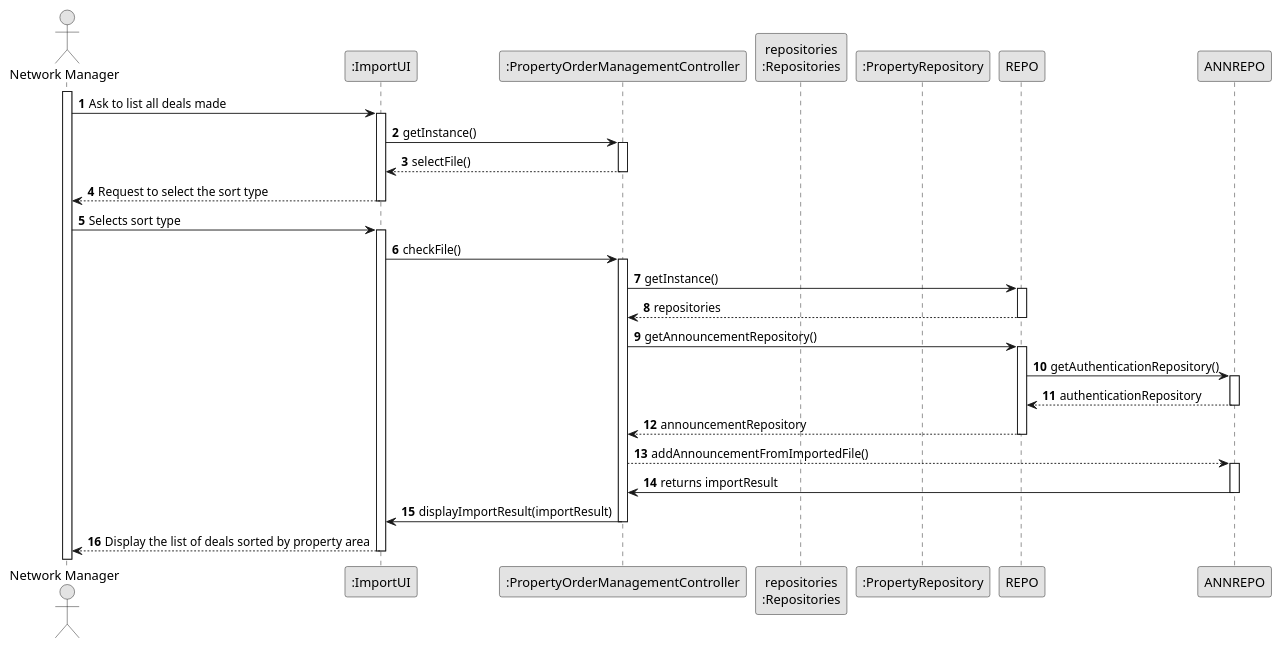
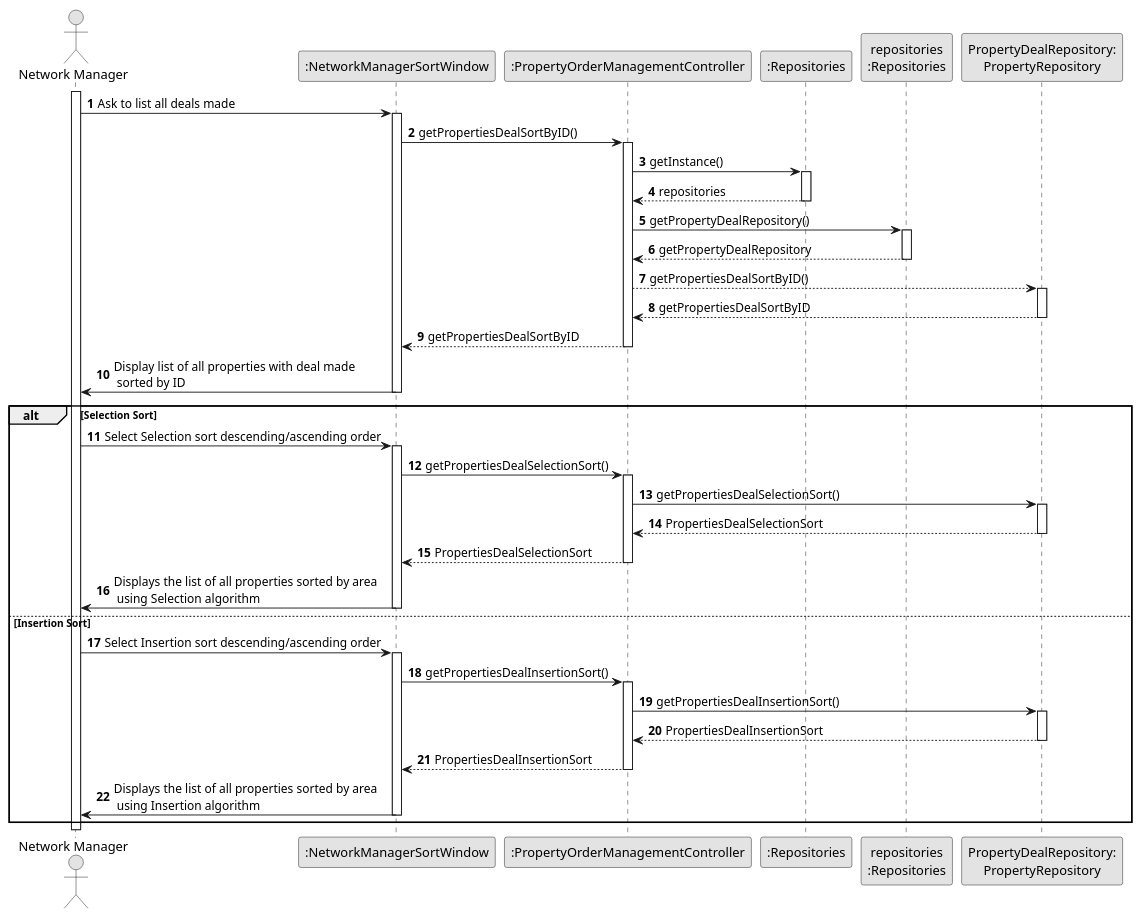
One commit to Goncalves2525/real-estate-management-system changed the diagram in docs/sprintD/us017/03.design/puml/us017-sequence-diagram-full.puml. Above: the diagram before and after it, drawn with PlantUML. The commit also changed 4 other files, not shown here.

```diff
--- a/docs/sprintD/us017/03.design/puml/us017-sequence-diagram-full.puml
+++ b/docs/sprintD/us017/03.design/puml/us017-sequence-diagram-full.puml
@@ -1,71 +1,91 @@
 @startuml
 skinparam monochrome true
 skinparam packageStyle rectangle
 skinparam shadowing false
 
 autonumber
 
-actor "Network Manager" as Admin
-participant ":ImportUI" as UI
+'hide footbox
+actor "Network Manager" as NM
+participant ":NetworkManagerSortWindow" as UI
 participant ":PropertyOrderManagementController" as CTRL
-participant "repositories\n:Repositories" as Repositories
-participant ":PropertyRepository" as PropertyRepository
+participant ":Repositories" as RepositorySingleton
+participant "repositories\n:Repositories" as PLAT
+participant "PropertyDealRepository:\nPropertyRepository" as PropertyRepository
+'participant "SortProperty" as SortProperty
 
 
-    activate Admin
+activate NM
 
-    Admin -> UI : Ask to list all deals made
-    activate UI
+NM -> UI : Ask to list all deals made
+activate UI
 
-    UI -> CTRL: getInstance()
-    activate CTRL
+UI -> CTRL : getPropertiesDealSortByID()
+activate CTRL
 
-'    CTRL -> UI : importController
-'    activate REPO
+CTRL -> RepositorySingleton : getInstance()
+activate RepositorySingleton
 
-'    UI -> CTRL : selectFile()
-'    activate CTRL
+RepositorySingleton --> CTRL: repositories
+deactivate RepositorySingleton
 
-    CTRL --> UI : selectFile()
-    deactivate CTRL
+ CTRL -> PLAT : getPropertyDealRepository()
+activate PLAT
 
-    UI --> Admin : Request to select the sort type
-    deactivate UI
+PLAT --> CTRL: getPropertyDealRepository
+deactivate PLAT
 
-    Admin -> UI : Selects sort type
-    activate UI
+CTRL --> PropertyRepository : getPropertiesDealSortByID()
+activate PropertyRepository
 
-    UI -> CTRL : checkFile()
-    activate CTRL
+ PropertyRepository --> CTRL : getPropertiesDealSortByID
+deactivate PropertyRepository
 
-    CTRL -> REPO : getInstance()
-    activate REPO
+CTRL--> UI : getPropertiesDealSortByID
+deactivate
 
-    REPO --> CTRL: repositories
-    deactivate REPO
+ UI -> NM: Display list of all properties with deal made\n sorted by ID
+ deactivate
 
-    CTRL -> REPO : getAnnouncementRepository()
-    activate REPO
 
-    REPO -> ANNREPO : getAuthenticationRepository()
-    activate ANNREPO
 
-    ANNREPO --> REPO: authenticationRepository
-    deactivate ANNREPO
+alt Selection Sort
 
-    REPO --> CTRL: announcementRepository
-    deactivate REPO
+ NM -> UI : Select Selection sort descending/ascending order
+ activate UI
+UI -> CTRL : getPropertiesDealSelectionSort()
+activate CTRL
 
-    CTRL --> ANNREPO: addAnnouncementFromImportedFile()
-    activate ANNREPO
+CTRL -> PropertyRepository : getPropertiesDealSelectionSort()
+activate PropertyRepository
 
-    ANNREPO -> CTRL : returns importResult
-    deactivate ANNREPO
+PropertyRepository --> CTRL : PropertiesDealSelectionSort
+deactivate PropertyRepository
 
-    CTRL -> UI : displayImportResult(importResult)
-    deactivate CTRL
+CTRL--> UI : PropertiesDealSelectionSort
+deactivate
 
-    UI --> Admin : Display the list of deals sorted by property area
-    deactivate UI
+UI -> NM: Displays the list of all properties sorted by area \n using Selection algorithm
+deactivate
 
+else Insertion Sort
+
+ NM -> UI : Select Insertion sort descending/ascending order
+ activate UI
+UI -> CTRL : getPropertiesDealInsertionSort()
+activate CTRL
+
+CTRL -> PropertyRepository : getPropertiesDealInsertionSort()
+activate PropertyRepository
+
+PropertyRepository --> CTRL : PropertiesDealInsertionSort
+deactivate PropertyRepository
+
+CTRL--> UI : PropertiesDealInsertionSort
+deactivate
+
+UI -> NM: Displays the list of all properties sorted by area \n using Insertion algorithm
+deactivate
+
+end
 @enduml
```
